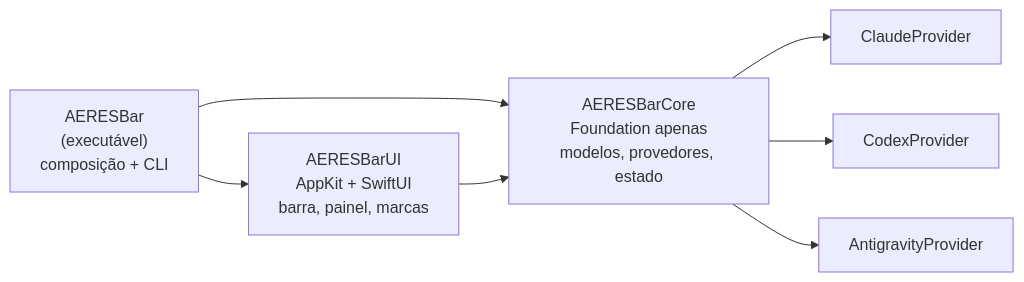
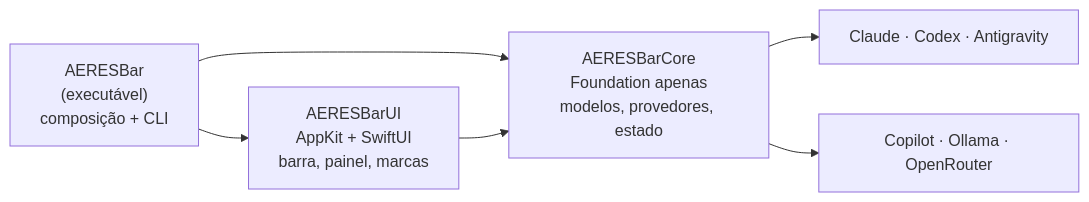
The diagram in README.md (aeresdigital/aeres-bar), drawn with Mermaid before and after one commit. The commit also changed other lines of this file and 72 other files, not shown here.

First line of the commit message:
feat: item único na barra e provedores Copilot, Ollama e OpenRouter

````diff
--- a/README.md
+++ b/README.md
@@ -194,7 +226,7 @@
 ```mermaid
 flowchart LR
     App["AERESBar<br/>(executável)<br/>composição + CLI"] --> UI["AERESBarUI<br/>AppKit + SwiftUI<br/>barra, painel, marcas"]
     App --> Core
     UI --> Core["AERESBarCore<br/>Foundation apenas<br/>modelos, provedores, estado"]
-    Core --> P1["ClaudeProvider"] & P2["CodexProvider"] & P3["AntigravityProvider"]
+    Core --> P1["Claude · Codex · Antigravity"] & P2["Copilot · Ollama · OpenRouter"]
 ```
````
